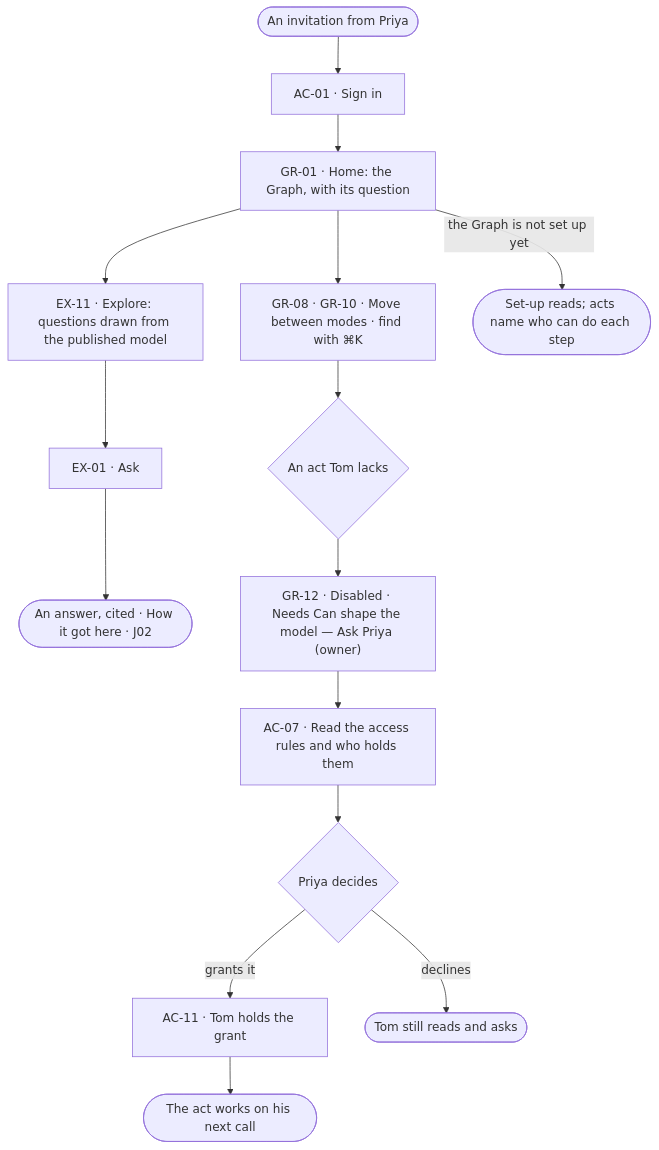
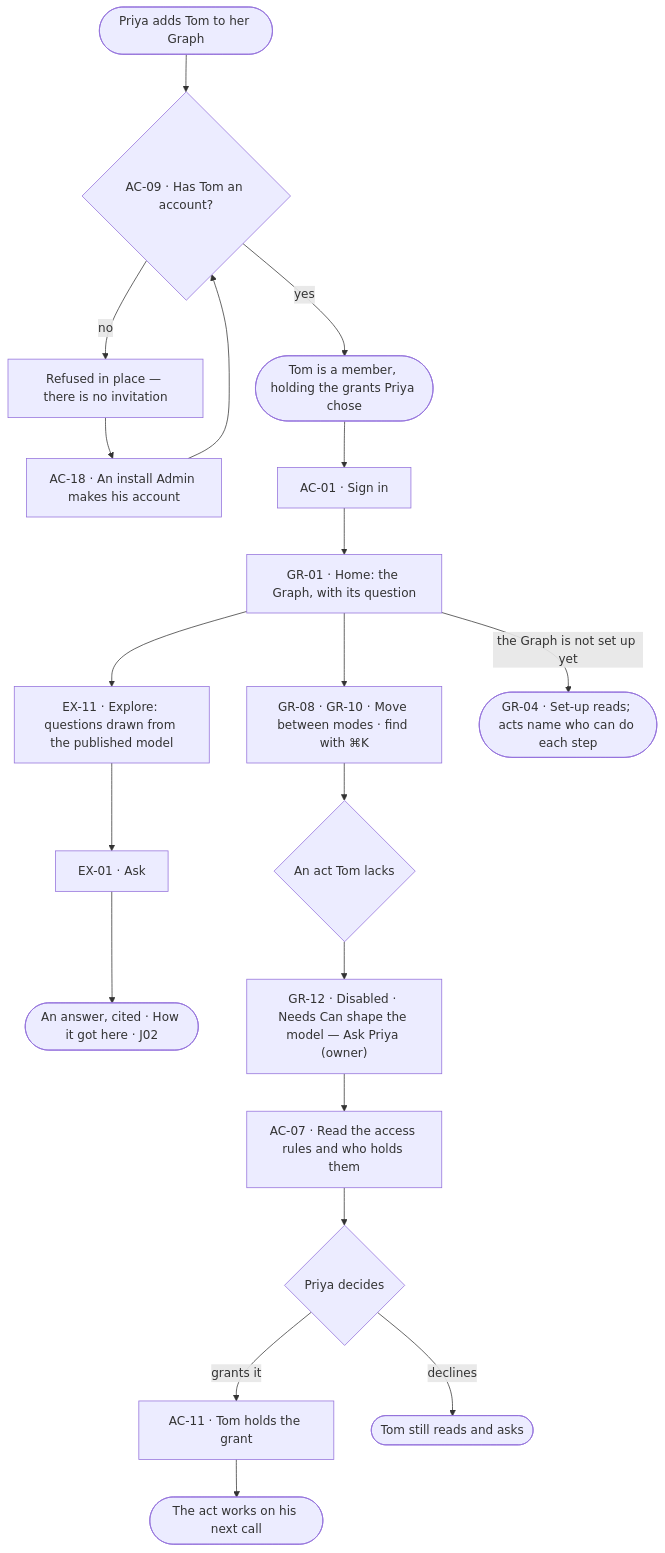
Before and after one commit to invana/invana: the diagram in specs/journeys/J05-join-a-graph-someone-set-up.md, drawn with Mermaid. The commit also changed other lines of this file and 637 other files, not shown here.

````diff
--- a/specs/journeys/J05-join-a-graph-someone-set-up.md
+++ b/specs/journeys/J05-join-a-graph-someone-set-up.md
@@ -16,16 +16,19 @@
 ```mermaid
 flowchart TD
-  A([An invitation from Priya]) --> B["AC-01 · Sign in"]
+  P([Priya adds Tom to her Graph]) --> Q{"AC-09 · Has Tom an account?"}
+  Q -->|no| Q1["Refused in place — there is no invitation"] --> Q2["AC-18 · An install Admin makes his account"] --> Q
+  Q -->|yes| A(["Tom is a member, holding the grants Priya chose"])
+  A --> B["AC-01 · Sign in"]
   B --> C["GR-01 · Home: the Graph, with its question"]
   C --> D["EX-11 · Explore: questions drawn from the published model"]
   D --> E["EX-01 · Ask"]
   E --> F(["An answer, cited · How it got here · J02"])
   C --> G["GR-08 · GR-10 · Move between modes · find with ⌘K"]
   G --> H{"An act Tom lacks"}
   H --> I["GR-12 · Disabled · Needs Can shape the model — Ask Priya (owner)"]
   I --> J["AC-07 · Read the access rules and who holds them"]
   J --> K{"Priya decides"}
   K -->|grants it| L["AC-11 · Tom holds the grant"] --> M(["The act works on his next call"])
   K -->|declines| N(["Tom still reads and asks"])
-  C -->|the Graph is not set up yet| S(["Set-up reads; acts name who can do each step"])
+  C -->|the Graph is not set up yet| S(["GR-04 · Set-up reads; acts name who can do each step"])
 ```
````
